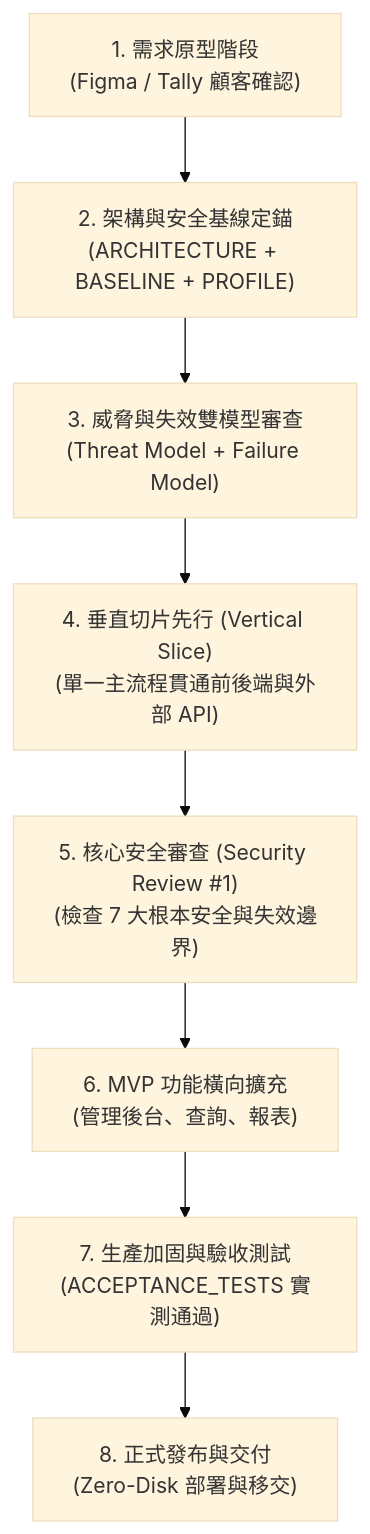
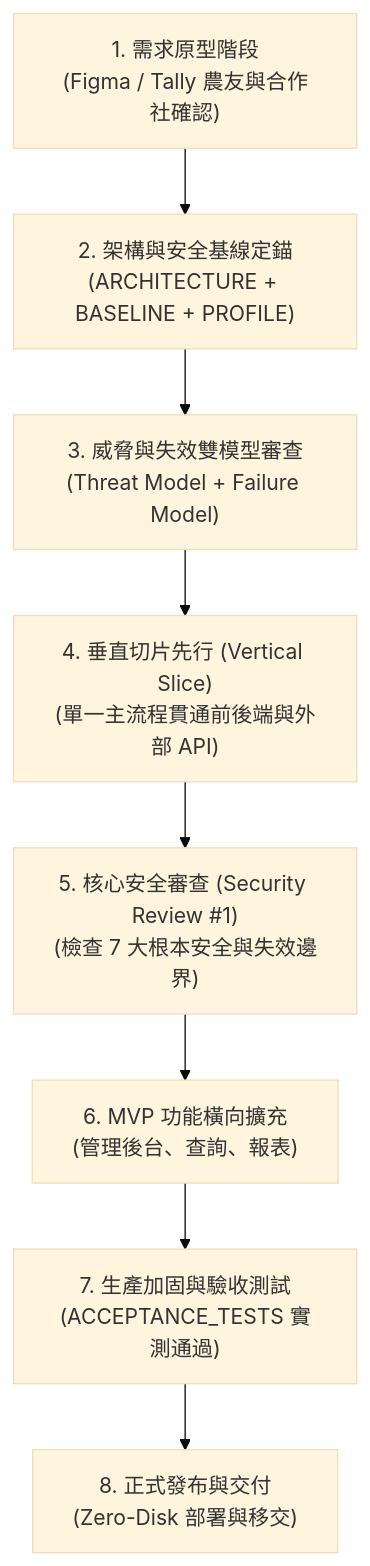
One commit to chingfonlee/open-booking-line changed the diagram in DEVELOPMENT_SOP.md. Above: the diagram before and after it, drawn with Mermaid (base theme). The commit also changed other lines of this file and 18 other files, not shown here.

````diff
--- a/DEVELOPMENT_SOP.md
+++ b/DEVELOPMENT_SOP.md
@@ -25,13 +25,13 @@
 ```mermaid
 flowchart TD
-    S1["1. 需求原型階段<br/>(Figma / Tally 顧客確認)"]
+    S1["1. 需求原型階段<br/>(Figma / Tally 農友與合作社確認)"]
     S2["2. 架構與安全基線定錨<br/>(ARCHITECTURE + BASELINE + PROFILE)"]
     S3["3. 威脅與失效雙模型審查<br/>(Threat Model + Failure Model)"]
     S4["4. 垂直切片先行 (Vertical Slice)<br/>(單一主流程貫通前後端與外部 API)"]
     S5["5. 核心安全審查 (Security Review #1)<br/>(檢查 7 大根本安全與失效邊界)"]
     S6["6. MVP 功能橫向擴充<br/>(管理後台、查詢、報表)"]
     S7["7. 生產加固與驗收測試<br/>(ACCEPTANCE_TESTS 實測通過)"]
     S8["8. 正式發布與交付<br/>(Zero-Disk 部署與移交)"]
 
     S1 --> S2 --> S3 --> S4 --> S5 --> S6 --> S7 --> S8
 ```
````
